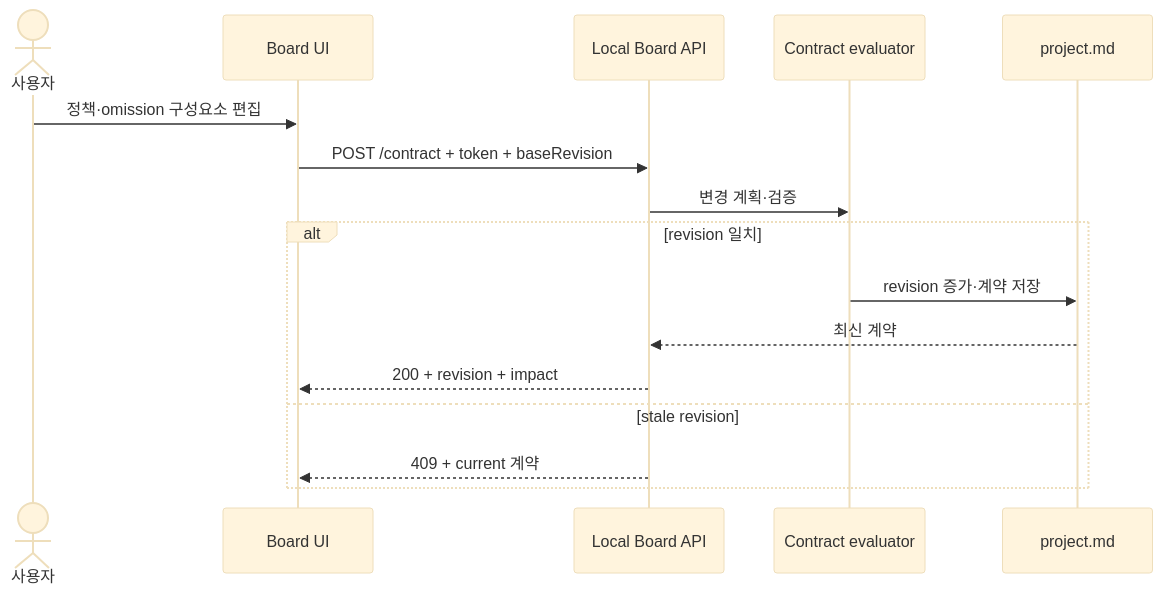
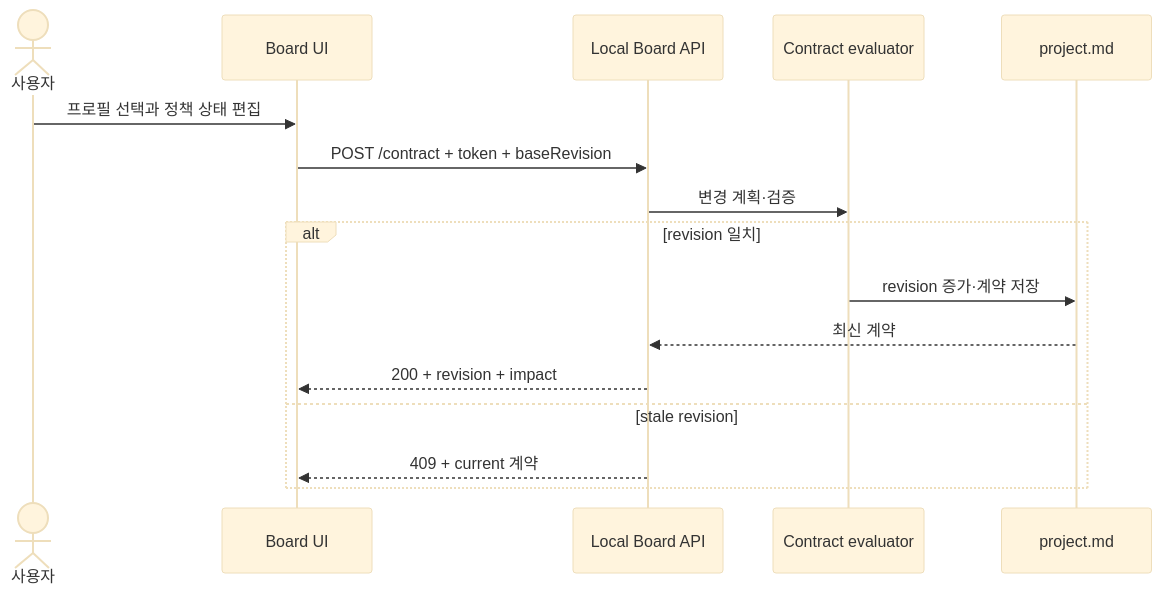
One commit to runtime-co-kr/rundol changed the fourth of 4 diagrams in docs/requirements/REQ-012-명령줄-AI-스킬-보드-통합-규격.md. Above: the diagram before and after it, drawn with Mermaid (base theme). The commit also changed other lines of this file and 5 other files, not shown here.

````diff
--- a/docs/requirements/REQ-012-명령줄-AI-스킬-보드-통합-규격.md
+++ b/docs/requirements/REQ-012-명령줄-AI-스킬-보드-통합-규격.md
@@ -173,18 +173,18 @@
 ```mermaid
 sequenceDiagram
     actor U as 사용자
     participant UI as Board UI
     participant API as Local Board API
     participant E as Contract evaluator
     participant PM as project.md
-    U->>UI: 정책·omission 구성요소 편집
+    U->>UI: 프로필 선택과 정책 상태 편집
     UI->>API: POST /contract + token + baseRevision
     API->>E: 변경 계획·검증
     alt revision 일치
         E->>PM: revision 증가·계약 저장
         PM-->>API: 최신 계약
         API-->>UI: 200 + revision + impact
     else stale revision
         API-->>UI: 409 + current 계약
     end
 ```
````
